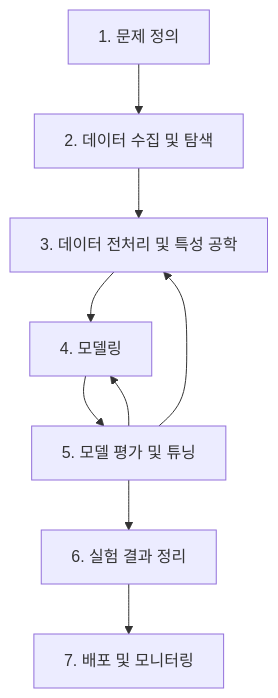
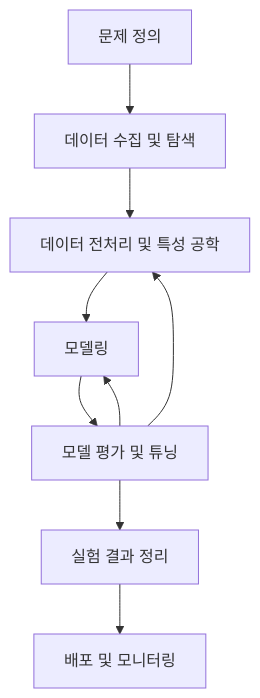
The diagram in Chapter II. 데이터과학 기초/4. 머신러닝을 위한 데이터 처리법/1. 머신러닝 프로젝트의 진행 개요.md (hanaoverride/data-scientist-cookbook-for-korean), drawn with Mermaid before and after one commit. The commit also changed 74 other files, not shown here.

````diff
--- a/Chapter II. 데이터과학 기초/4. 머신러닝을 위한 데이터 처리법/1. 머신러닝 프로젝트의 진행 개요.md
+++ b/Chapter II. 데이터과학 기초/4. 머신러닝을 위한 데이터 처리법/1. 머신러닝 프로젝트의 진행 개요.md
@@ -20,11 +20,11 @@
 ```mermaid
 graph TD
-    A[1. 문제 정의] --> B[2. 데이터 수집 및 탐색];
-    B --> C[3. 데이터 전처리 및 특성 공학];
-    C --> D[4. 모델링];
-    D --> E[5. 모델 평가 및 튜닝];
-    E --> F[6. 실험 결과 정리];
-    F --> G[7. 배포 및 모니터링];
+    A[문제 정의] --> B[데이터 수집 및 탐색];
+    B --> C[데이터 전처리 및 특성 공학];
+    C --> D[모델링];
+    D --> E[모델 평가 및 튜닝];
+    E --> F[실험 결과 정리];
+    F --> G[배포 및 모니터링];
     E --> C;
     E --> D;
 ```
````
